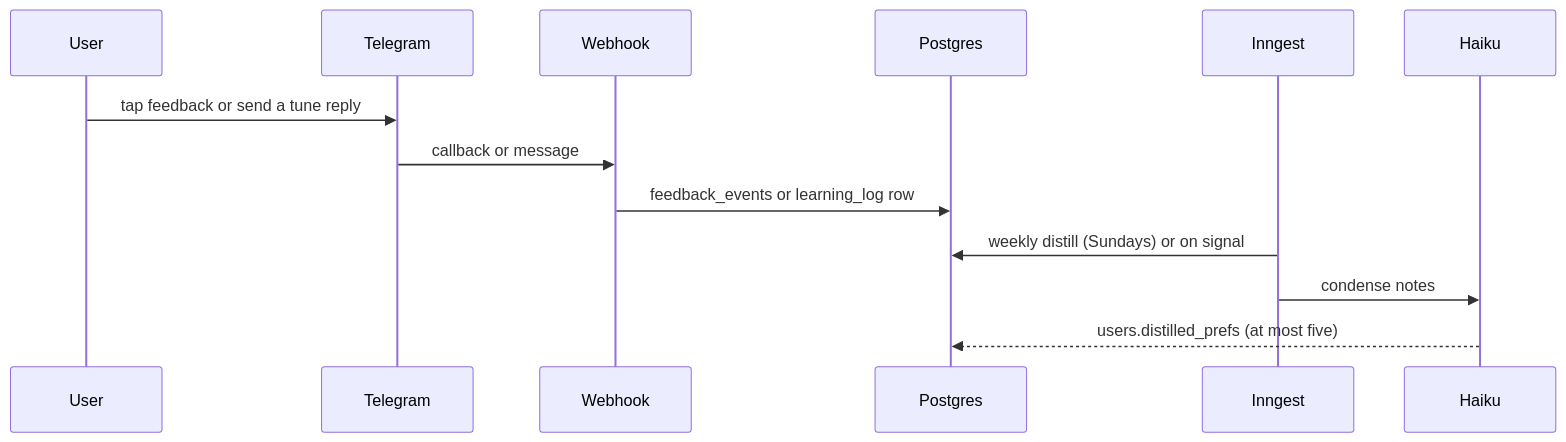
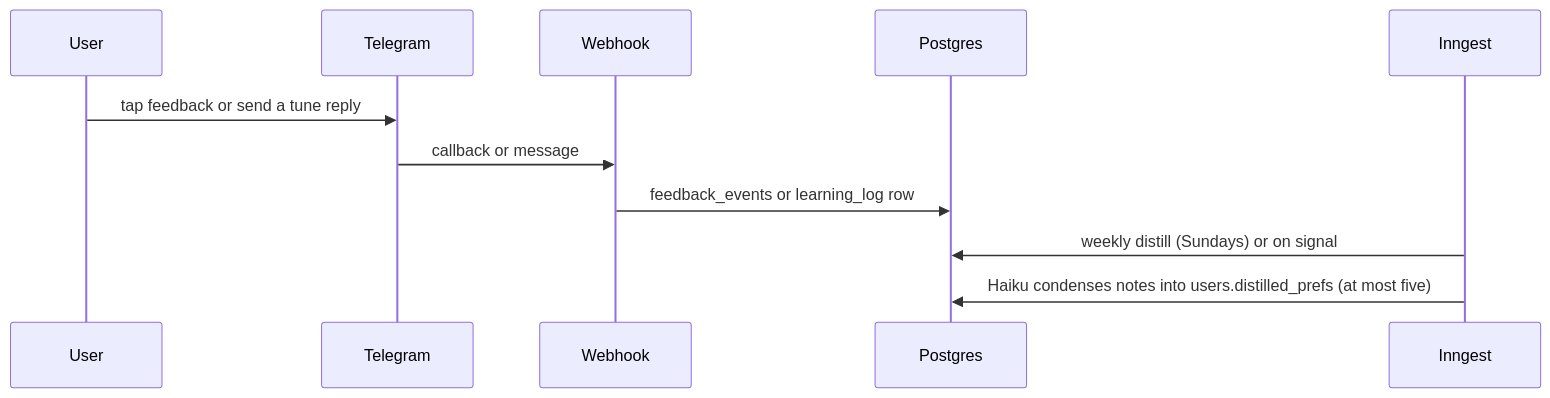
Before and after one commit to faeezmnoor/cadence: the sixth of 6 diagrams in docs/architecture/overview.md, drawn with Mermaid. The commit also changed other lines of this file and 4 other files, not shown here.

Commit message:
001 T041: lint findings fixed in documents (flow budget, archive links, E5)

````diff
--- a/docs/architecture/overview.md
+++ b/docs/architecture/overview.md
@@ -147,15 +144,13 @@
 ```mermaid
 sequenceDiagram
   participant U as User
   participant T as Telegram
   participant H as Webhook
   participant DB as Postgres
   participant I as Inngest
-  participant L as Haiku
   U->>T: tap feedback or send a tune reply
   T->>H: callback or message
   H->>DB: feedback_events or learning_log row
   I->>DB: weekly distill (Sundays) or on signal
-  I->>L: condense notes
-  L-->>DB: users.distilled_prefs (at most five)
+  I->>DB: Haiku condenses notes into users.distilled_prefs (at most five)
 ```
````
